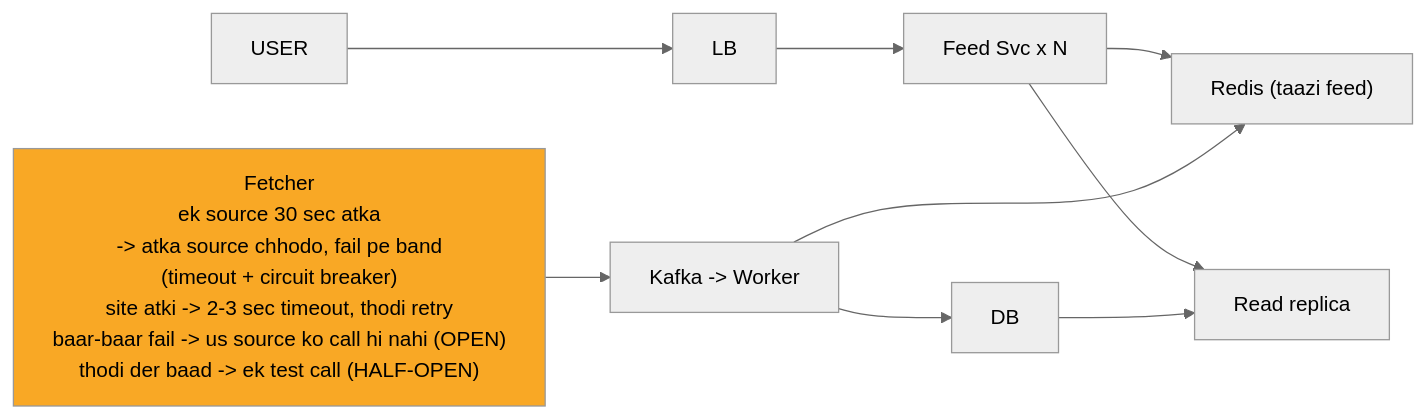
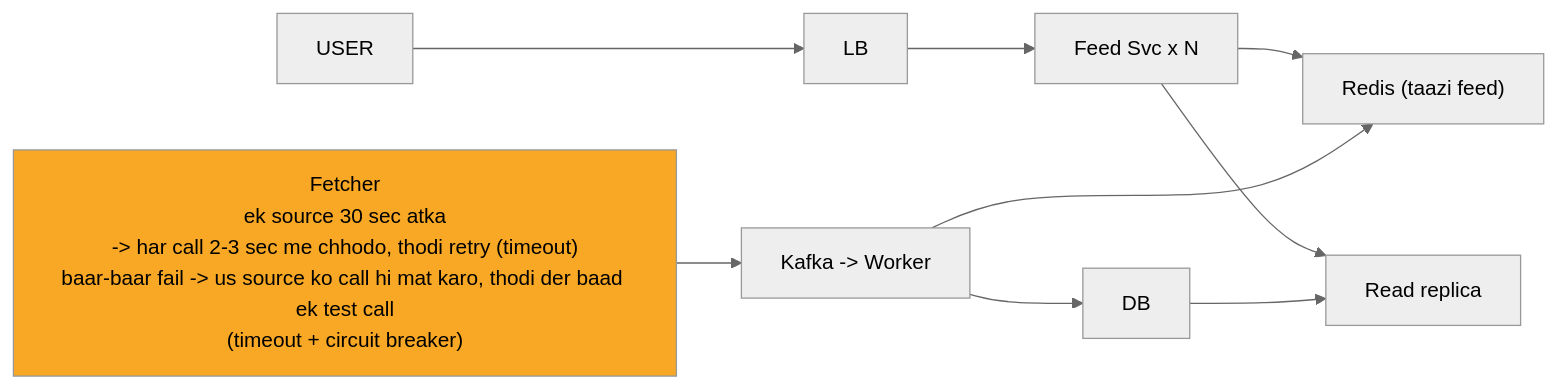
Before and after one commit to ArpanMaheshwari144/Prep: the sixth of 11 diagrams in 04_HLD/SYSTEM_DESIGNS/08_news_aggregator/08_news_aggregator_INTERVIEW.md, drawn with Mermaid (neutral theme). The commit also changed other lines of this file and 13 other files, not shown here.

````diff
--- a/04_HLD/SYSTEM_DESIGNS/08_news_aggregator/08_news_aggregator_INTERVIEW.md
+++ b/04_HLD/SYSTEM_DESIGNS/08_news_aggregator/08_news_aggregator_INTERVIEW.md
@@ -236,21 +236,21 @@
 ```mermaid
 %%{init: {"flowchart": {"wrappingWidth": 450}}}%%
 flowchart LR
     n_USER["USER"]
     n_LB["LB"]
     n_Feed_Svc_xN["Feed Svc x N"]
     n_Redis["Redis (taazi feed)"]
     n_Read_replica["Read replica"]
     n_DB["DB"]
     n_KW["Kafka -> Worker"]
-    n_Fetcher["Fetcher<br/>ek source 30 sec atka<br/>-> atka source chhodo, fail pe band<br/>(timeout + circuit breaker)<br/>site atki -> 2-3 sec timeout, thodi retry<br/>baar-baar fail -> us source ko call hi nahi (OPEN)<br/>thodi der baad -> ek test call (HALF-OPEN)"]
+    n_Fetcher["Fetcher<br/>ek source 30 sec atka<br/>-> har call 2-3 sec me chhodo, thodi retry (timeout)<br/>baar-baar fail -> us source ko call hi mat karo, thodi der baad ek test call<br/>(timeout + circuit breaker)"]
     n_USER --> n_LB
     n_LB --> n_Feed_Svc_xN
     n_Feed_Svc_xN --> n_Redis
     n_Feed_Svc_xN --> n_Read_replica
     n_DB --> n_Read_replica
     n_KW --> n_DB
     n_KW --> n_Redis
     n_Fetcher --> n_KW
     style n_Fetcher fill:#f9a825,color:#000
 ```
````
